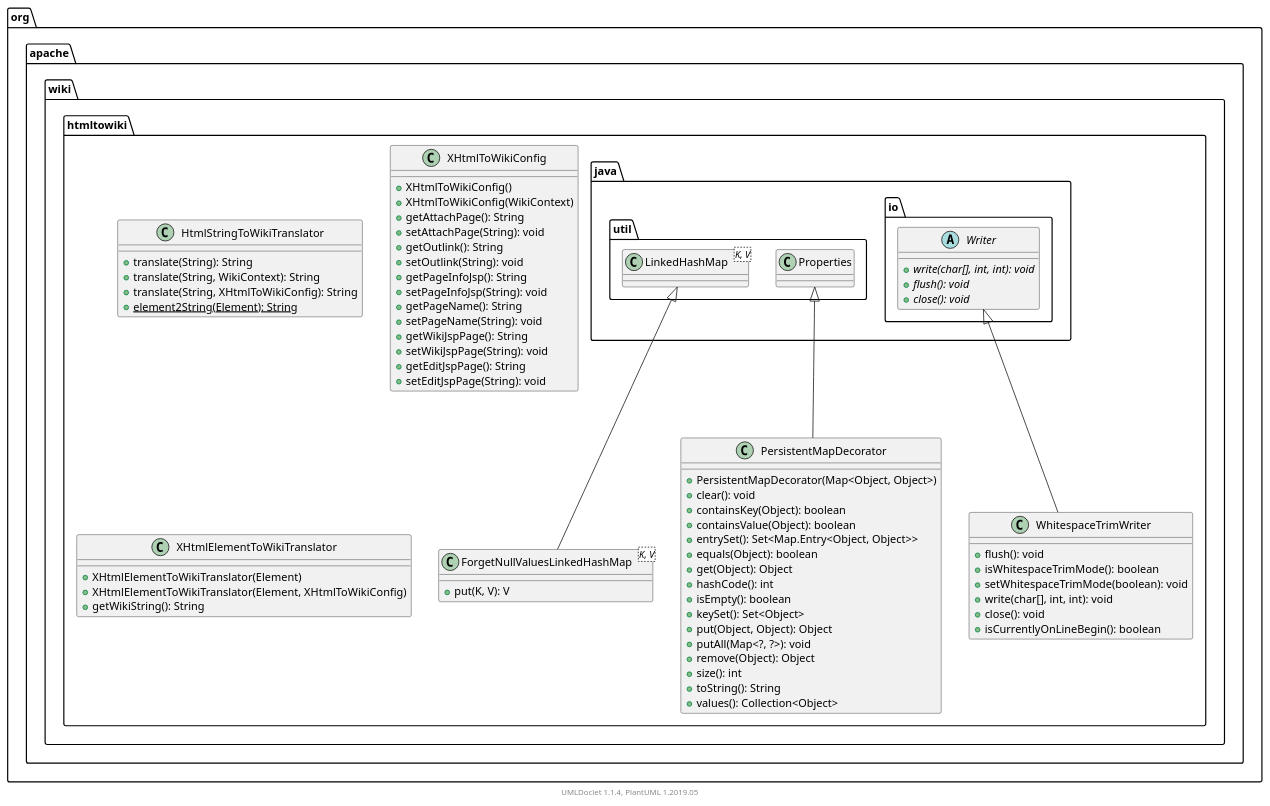
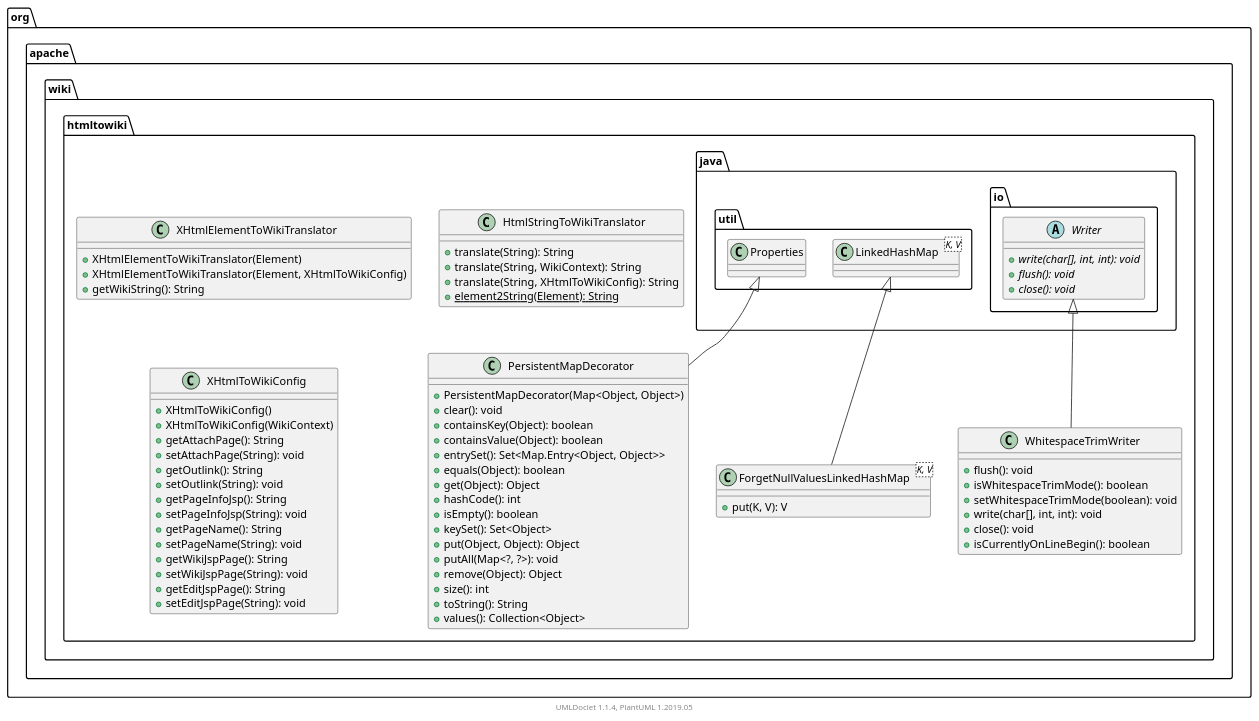
The diagram in apidocs/2.11.0.M7-SNAPSHOT/org/apache/wiki/htmltowiki/package.puml (apache/jspwiki-site), drawn with PlantUML before and after one commit. The commit also changed other lines of this file and 1696 other files, not shown here.

```diff
--- a/apidocs/2.11.0.M7-SNAPSHOT/org/apache/wiki/htmltowiki/package.puml
+++ b/apidocs/2.11.0.M7-SNAPSHOT/org/apache/wiki/htmltowiki/package.puml
@@ -1,84 +1,84 @@
 @startuml
 
     namespace org.apache.wiki.htmltowiki {
+
+        class XHtmlElementToWikiTranslator [[XHtmlElementToWikiTranslator.html]] {
+            +XHtmlElementToWikiTranslator(Element)
+            +XHtmlElementToWikiTranslator(Element, XHtmlToWikiConfig)
+            +getWikiString(): String
+        }
+
+        class PersistentMapDecorator [[PersistentMapDecorator.html]] {
+            +PersistentMapDecorator(Map<Object, Object>)
+            +clear(): void
+            +containsKey(Object): boolean
+            +containsValue(Object): boolean
+            +entrySet(): Set<Map.Entry<Object, Object>>
+            +equals(Object): boolean
+            +get(Object): Object
+            +hashCode(): int
+            +isEmpty(): boolean
+            +keySet(): Set<Object>
+            +put(Object, Object): Object
+            +putAll(Map<?, ?>): void
+            +remove(Object): Object
+            +size(): int
+            +toString(): String
+            +values(): Collection<Object>
+        }
 
         class HtmlStringToWikiTranslator [[HtmlStringToWikiTranslator.html]] {
             +translate(String): String
             +translate(String, WikiContext): String
             +translate(String, XHtmlToWikiConfig): String
             {static} +element2String(Element): String
         }
 
         class XHtmlToWikiConfig [[XHtmlToWikiConfig.html]] {
             +XHtmlToWikiConfig()
             +XHtmlToWikiConfig(WikiContext)
             +getAttachPage(): String
             +setAttachPage(String): void
             +getOutlink(): String
             +setOutlink(String): void
             +getPageInfoJsp(): String
             +setPageInfoJsp(String): void
             +getPageName(): String
             +setPageName(String): void
             +getWikiJspPage(): String
             +setWikiJspPage(String): void
             +getEditJspPage(): String
             +setEditJspPage(String): void
         }
 
         class ForgetNullValuesLinkedHashMap<K, V> [[ForgetNullValuesLinkedHashMap.html]] {
             +put(K, V): V
         }
 
-        class PersistentMapDecorator [[PersistentMapDecorator.html]] {
-            +PersistentMapDecorator(Map<Object, Object>)
-            +clear(): void
-            +containsKey(Object): boolean
-            +containsValue(Object): boolean
-            +entrySet(): Set<Map.Entry<Object, Object>>
-            +equals(Object): boolean
-            +get(Object): Object
-            +hashCode(): int
-            +isEmpty(): boolean
-            +keySet(): Set<Object>
-            +put(Object, Object): Object
-            +putAll(Map<?, ?>): void
-            +remove(Object): Object
-            +size(): int
-            +toString(): String
-            +values(): Collection<Object>
-        }
-
         class WhitespaceTrimWriter [[WhitespaceTrimWriter.html]] {
             +flush(): void
             +isWhitespaceTrimMode(): boolean
             +setWhitespaceTrimMode(boolean): void
             +write(char[], int, int): void
             +close(): void
             +isCurrentlyOnLineBegin(): boolean
         }
 
-        class XHtmlElementToWikiTranslator [[XHtmlElementToWikiTranslator.html]] {
-            +XHtmlElementToWikiTranslator(Element)
-            +XHtmlElementToWikiTranslator(Element, XHtmlToWikiConfig)
-            +getWikiString(): String
-        }
+        class java.util.Properties
+        java.util.Properties <|-- PersistentMapDecorator
 
         class java.util.LinkedHashMap<K, V>
         java.util.LinkedHashMap <|-- ForgetNullValuesLinkedHashMap
-
-        class java.util.Properties
-        java.util.Properties <|-- PersistentMapDecorator
 
         abstract class java.io.Writer {
             {abstract} +write(char[], int, int): void
             {abstract} +flush(): void
             {abstract} +close(): void
         }
         java.io.Writer <|-- WhitespaceTrimWriter
 
     }
 
 
     center footer UMLDoclet 1.1.4, PlantUML 1.2019.05
 @enduml
```
